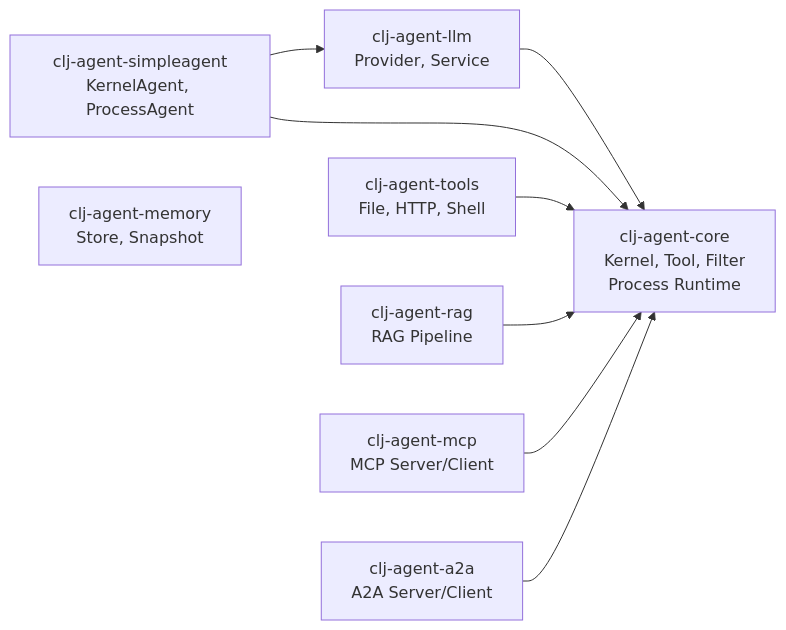
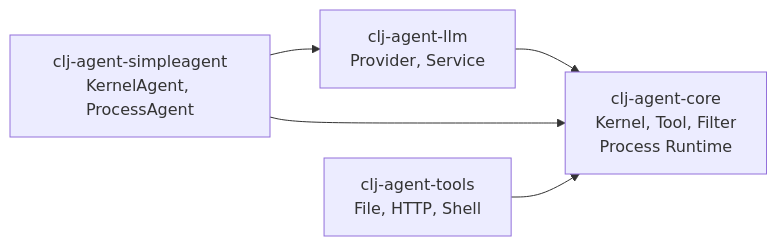
One commit to TTalkPro/clj-agent changed the second of 2 diagrams in README_EN.md. Above: the diagram before and after it, drawn with Mermaid. The commit also changed other lines of this file and 2 other files, not shown here.

First line of the commit message:
更新文档：移除 a2a/mcp/memory/rag 相关章节

````diff
--- a/README_EN.md
+++ b/README_EN.md
@@ -86,19 +69,12 @@
 ```mermaid
 graph LR
     core[clj-agent-core<br/>Kernel, Tool, Filter<br/>Process Runtime]
     llm[clj-agent-llm<br/>Provider, Service]
     sa[clj-agent-simpleagent<br/>KernelAgent, ProcessAgent]
     tools[clj-agent-tools<br/>File, HTTP, Shell]
-    rag[clj-agent-rag<br/>RAG Pipeline]
-    memory[clj-agent-memory<br/>Store, Snapshot]
-    mcp[clj-agent-mcp<br/>MCP Server/Client]
-    a2a[clj-agent-a2a<br/>A2A Server/Client]
 
     llm --> core
     sa --> core
     sa --> llm
     tools --> core
-    rag --> core
-    mcp --> core
-    a2a --> core
 ```
````
